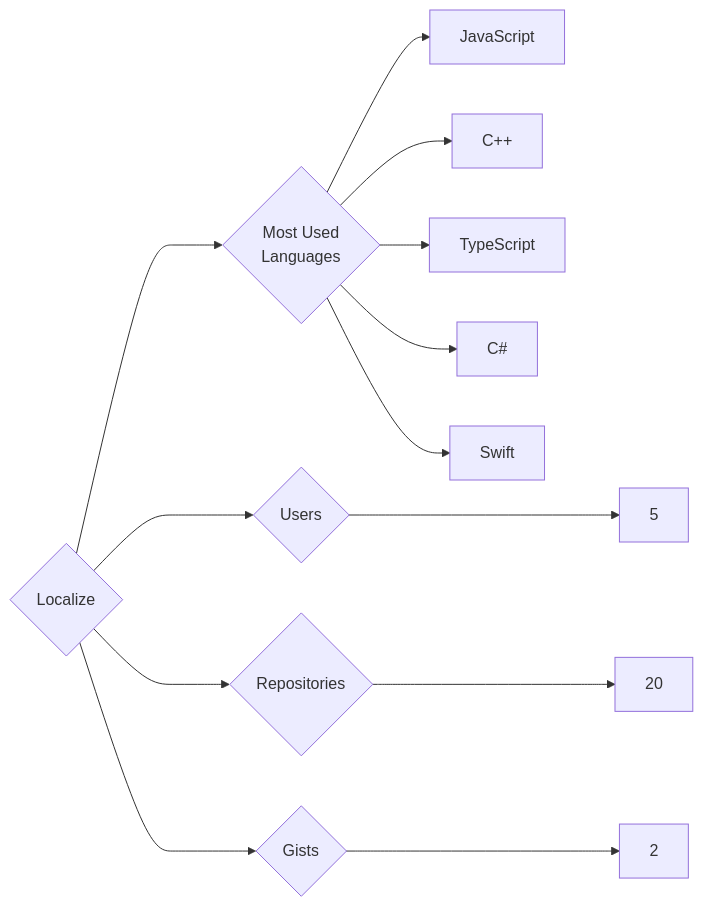
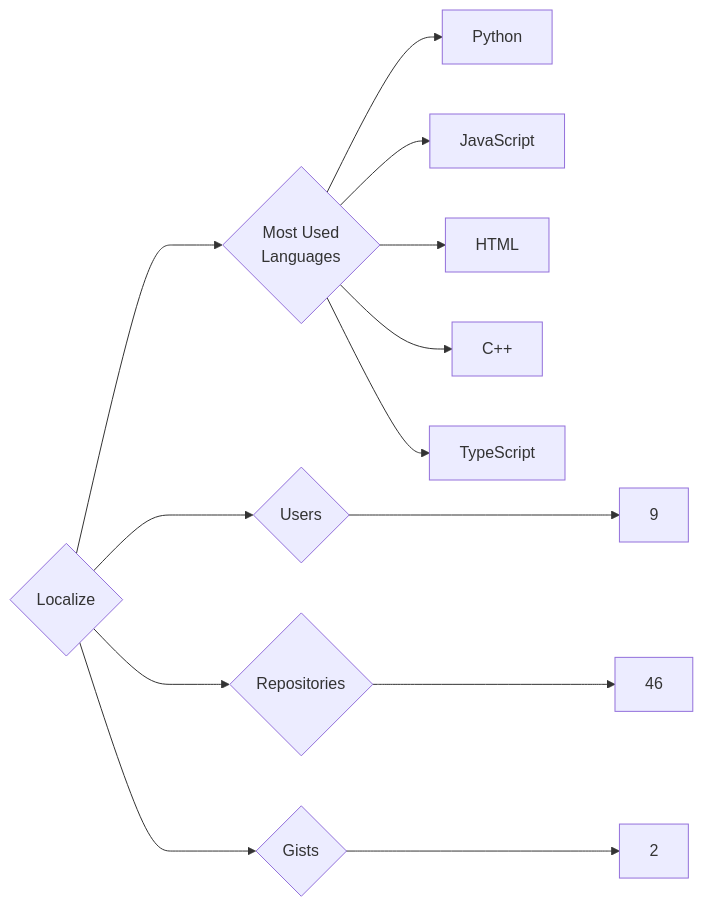
Before and after one commit to trickest/insiders: the diagram in targets/Localize/README.md, drawn with Mermaid. The commit also changed 1479 other files, not shown here.

````diff
--- a/targets/Localize/README.md
+++ b/targets/Localize/README.md
@@ -3,13 +3,13 @@
 ```mermaid
 graph LR
 COMPANY_NAME{Localize}
-COMPANY_NAME ---> U{Users} ---> UN[5]
-COMPANY_NAME ---> R{Repositories} ---> RN[20]
+COMPANY_NAME ---> U{Users} ---> UN[9]
+COMPANY_NAME ---> R{Repositories} ---> RN[46]
 COMPANY_NAME ---> G{Gists} ---> GN[2]
 COMPANY_NAME ---> ML{Most Used<br>Languages}
+ML --> Python[Python]
 ML --> JavaScript[JavaScript]
+ML --> HTML[HTML]
 ML --> C++[C++]
 ML --> TypeScript[TypeScript]
-ML --> C#[C#]
-ML --> Swift[Swift]
 ```
````
